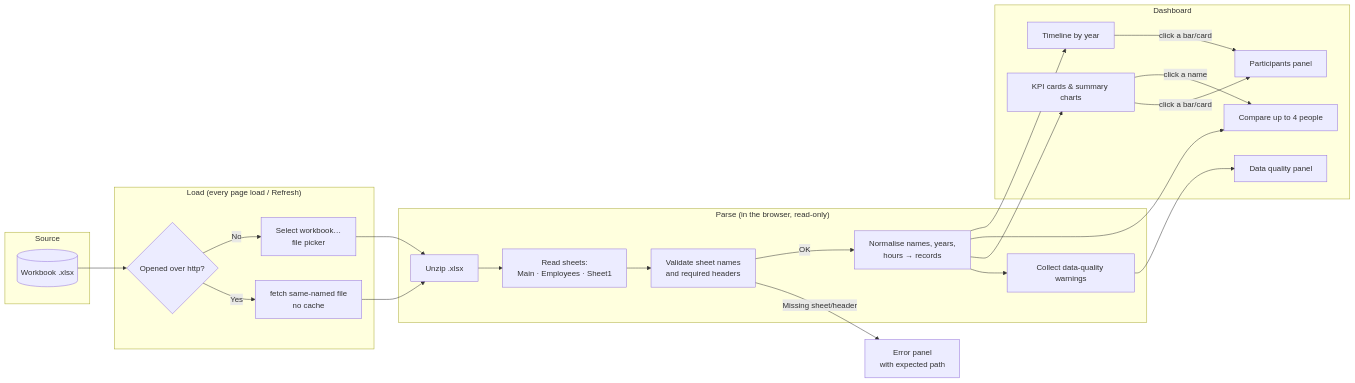
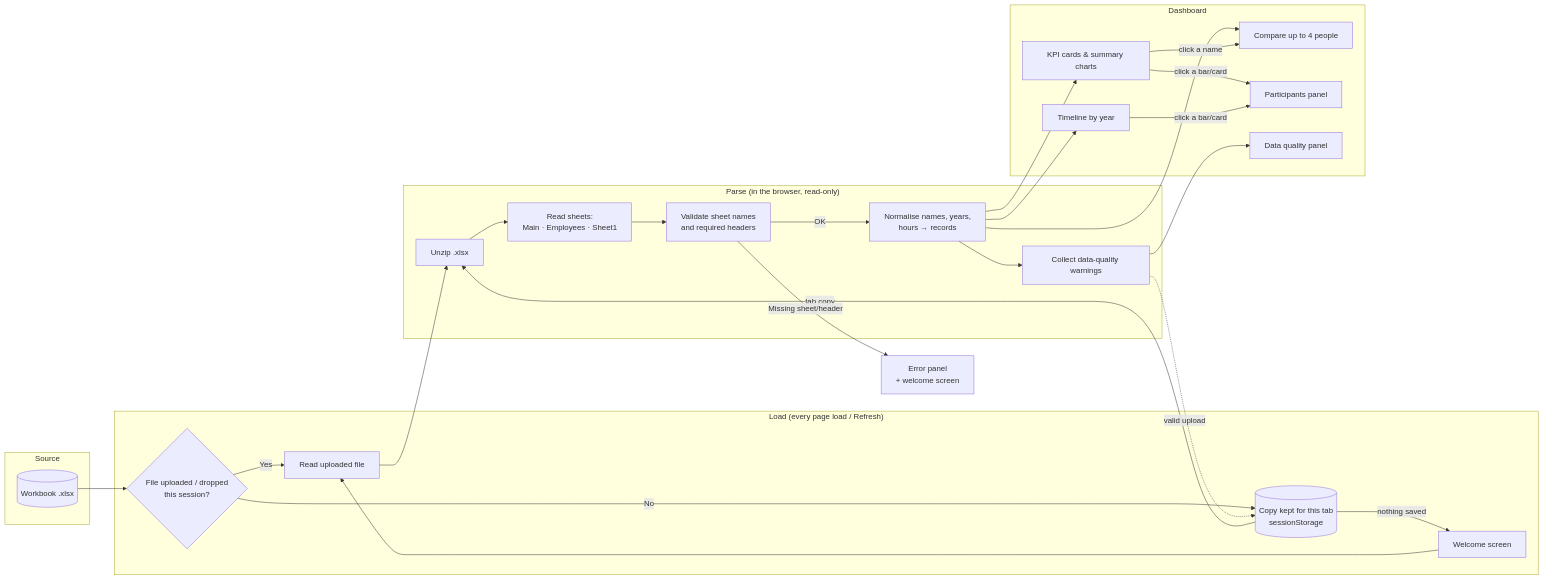
One commit to KARTHIKb18/MISC-Dashboards changed the third of 4 diagrams in DT-LD-Dashbaord_README.md. Above: the diagram before and after it, drawn with Mermaid. The commit also changed other lines of this file and 3 other files, not shown here.

````diff
--- a/DT-LD-Dashbaord_README.md
+++ b/DT-LD-Dashbaord_README.md
@@ -188,35 +210,39 @@
 ```mermaid
 flowchart LR
     subgraph Source
         X[(Workbook .xlsx)]
     end
     subgraph Load["Load (every page load / Refresh)"]
-        L1{Opened over http?}
-        L2[fetch same-named file<br/>no cache]
-        L3[Select workbook…<br/>file picker]
+        L1{File uploaded / dropped<br/>this session?}
+        L2[Read uploaded file]
+        L3[(Copy kept for this tab<br/>sessionStorage)]
+        L4[Welcome screen]
     end
     subgraph Parse["Parse (in the browser, read-only)"]
         P1[Unzip .xlsx]
         P2[Read sheets:<br/>Main · Employees · Sheet1]
         P3[Validate sheet names<br/>and required headers]
         P4[Normalise names, years,<br/>hours → records]
         P5[Collect data-quality warnings]
     end
     subgraph Show["Dashboard"]
         S1[KPI cards & summary charts]
         S2[Compare up to 4 people]
         S3[Timeline by year]
         S4[Participants panel]
         S5[Data quality panel]
     end
     X --> L1
     L1 -- Yes --> L2 --> P1
-    L1 -- No --> L3 --> P1
+    L1 -- No --> L3
+    L3 -- tab copy --> P1
+    L3 -- nothing saved --> L4 --> L2
+    P5 -. valid upload .-> L3
     P1 --> P2 --> P3
-    P3 -- Missing sheet/header --> E[Error panel<br/>with expected path]
+    P3 -- Missing sheet/header --> E[Error panel<br/>+ welcome screen]
     P3 -- OK --> P4 --> P5
     P4 --> S1 & S2 & S3
     S1 & S3 -- click a bar/card --> S4
     S1 -- click a name --> S2
     P5 --> S5
 ```
````
